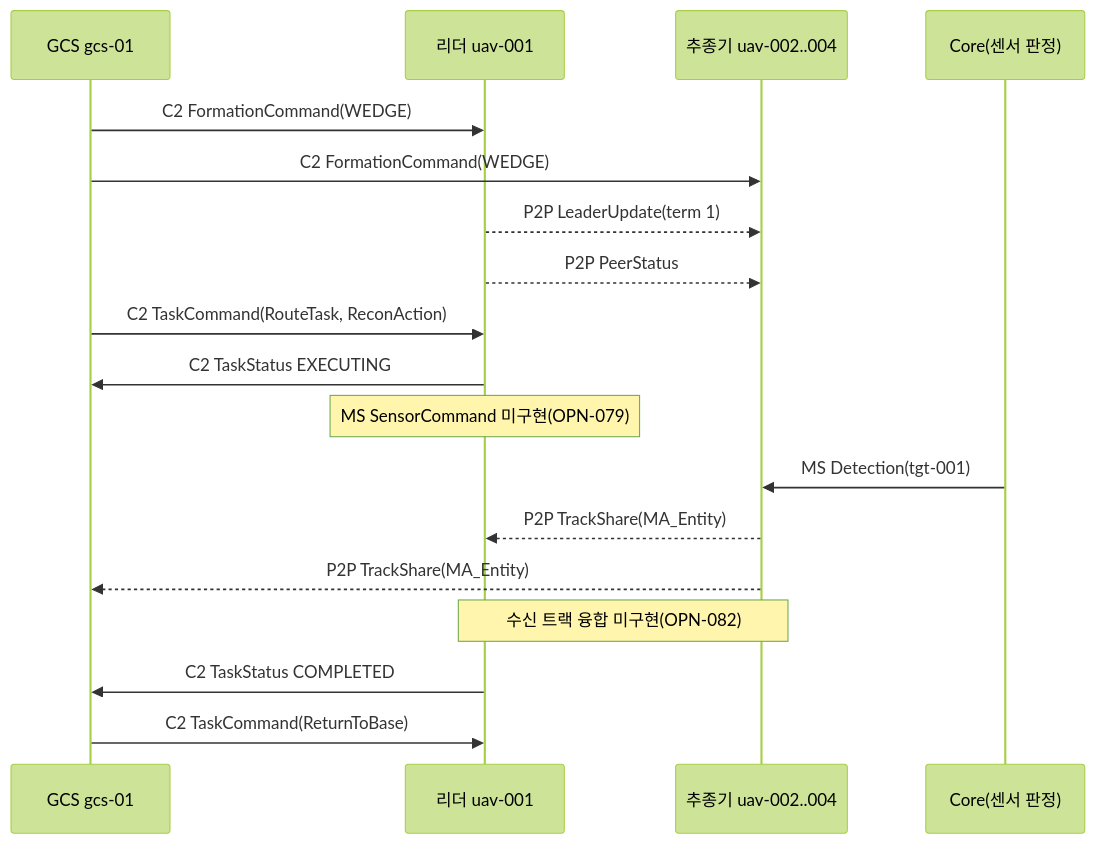
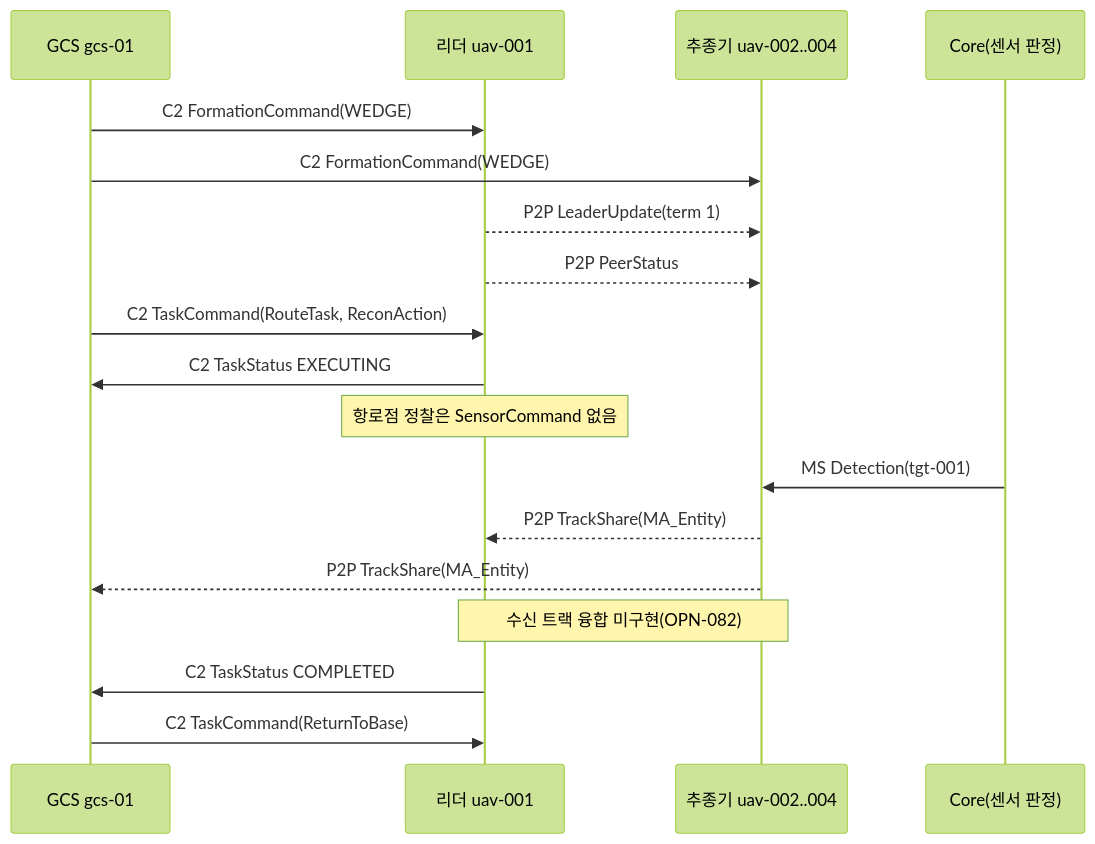
Before and after one commit to Kimbyung-wook/SwarmFlSim: the first of 6 diagrams in docs/50_operational_scenarios.md, drawn with Mermaid (forest theme). The commit also changed other lines of this file and 2 other files, not shown here.

````diff
--- a/docs/50_operational_scenarios.md
+++ b/docs/50_operational_scenarios.md
@@ -145,20 +146,20 @@
 ```mermaid
 sequenceDiagram
     participant G as GCS gcs-01
     participant L as 리더 uav-001
     participant F as 추종기 uav-002..004
     participant C as Core(센서 판정)
     G->>L: C2 FormationCommand(WEDGE)
     G->>F: C2 FormationCommand(WEDGE)
     L-->>F: P2P LeaderUpdate(term 1)
     L-->>F: P2P PeerStatus
     G->>L: C2 TaskCommand(RouteTask, ReconAction)
     L->>G: C2 TaskStatus EXECUTING
-    Note over L: MS SensorCommand 미구현(OPN-079)
+    Note over L: 항로점 정찰은 SensorCommand 없음
     C->>F: MS Detection(tgt-001)
     F-->>L: P2P TrackShare(MA_Entity)
     F-->>G: P2P TrackShare(MA_Entity)
     Note over L,F: 수신 트랙 융합 미구현(OPN-082)
     L->>G: C2 TaskStatus COMPLETED
     G->>L: C2 TaskCommand(ReturnToBase)
 ```
````
